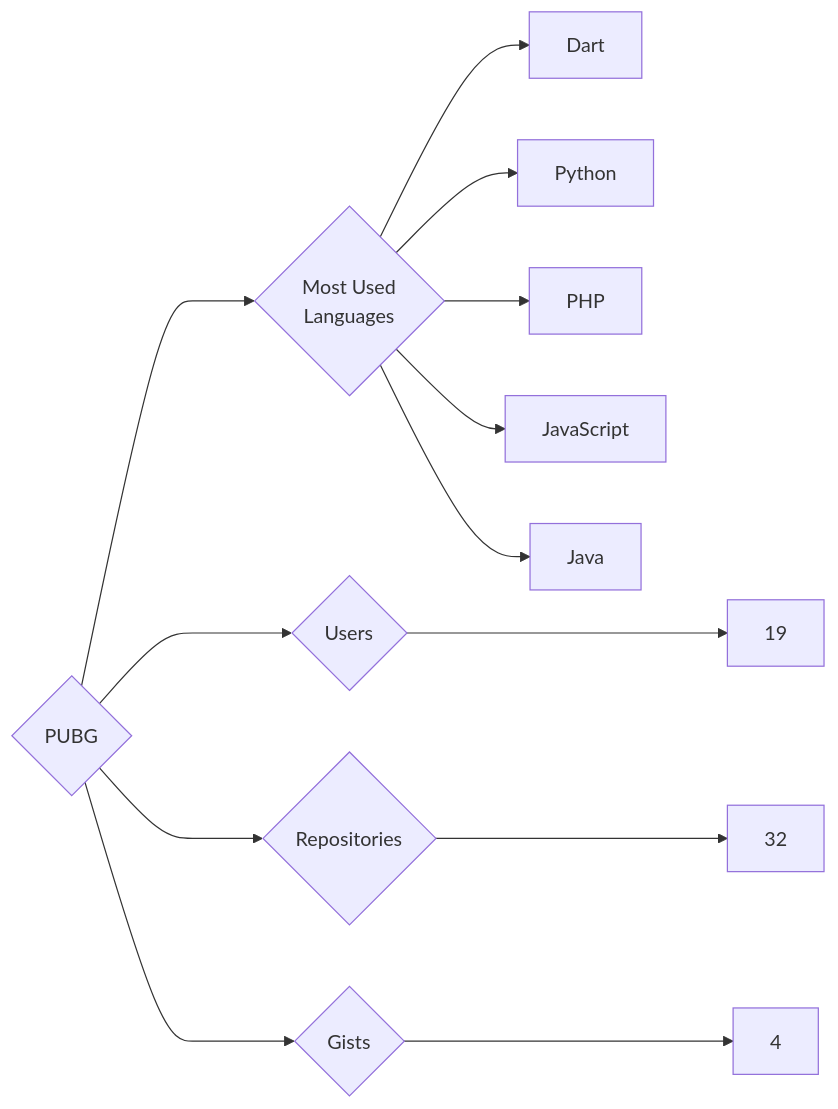
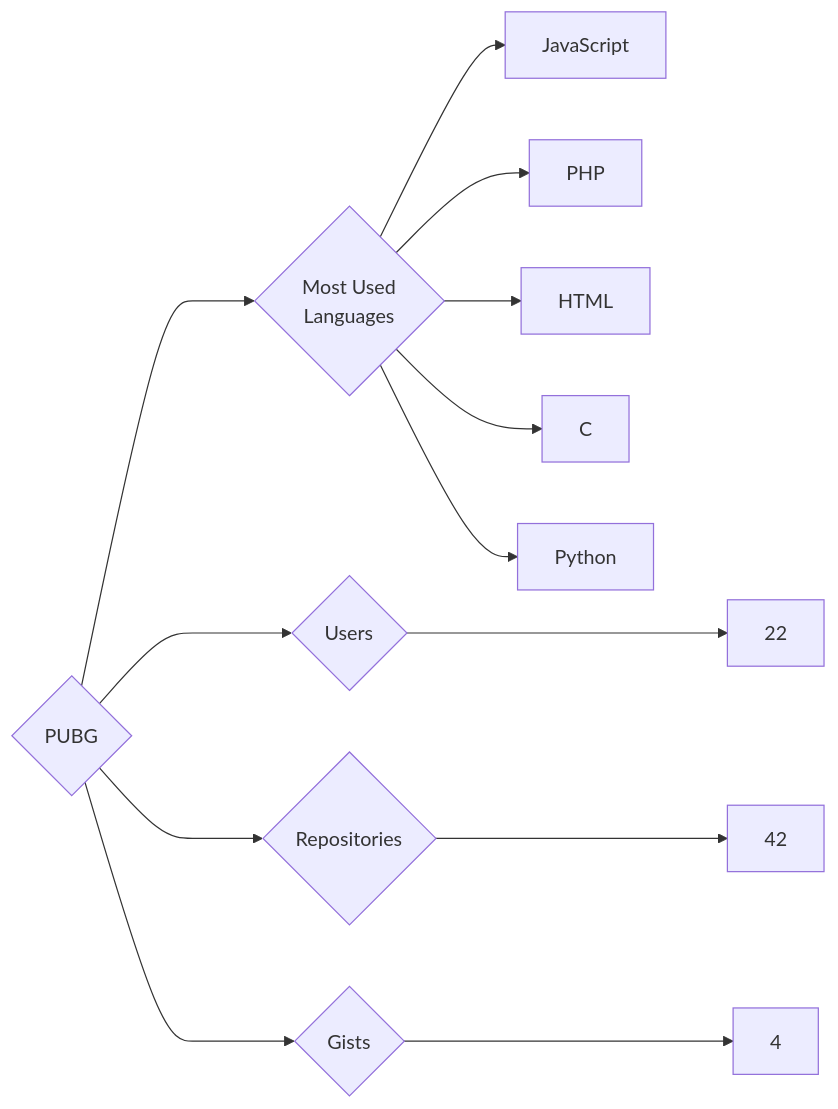
Before and after one commit to trickest/insiders: the diagram in targets/PUBG/README.md, drawn with Mermaid. The commit also changed 895 other files, not shown here.

````diff
--- a/targets/PUBG/README.md
+++ b/targets/PUBG/README.md
@@ -3,13 +3,13 @@
 ```mermaid
 graph LR
 COMPANY_NAME{PUBG}
-COMPANY_NAME ---> U{Users} ---> UN[19]
-COMPANY_NAME ---> R{Repositories} ---> RN[32]
+COMPANY_NAME ---> U{Users} ---> UN[22]
+COMPANY_NAME ---> R{Repositories} ---> RN[42]
 COMPANY_NAME ---> G{Gists} ---> GN[4]
 COMPANY_NAME ---> ML{Most Used<br>Languages}
-ML --> Dart[Dart]
+ML --> JavaScript[JavaScript]
+ML --> PHP[PHP]
+ML --> HTML[HTML]
+ML --> C[C]
 ML --> Python[Python]
-ML --> PHP[PHP]
-ML --> JavaScript[JavaScript]
-ML --> Java[Java]
 ```
````
